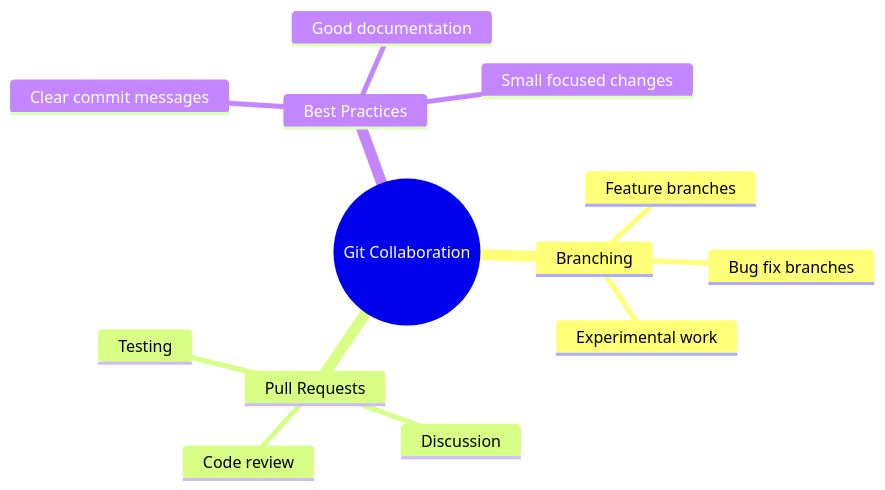
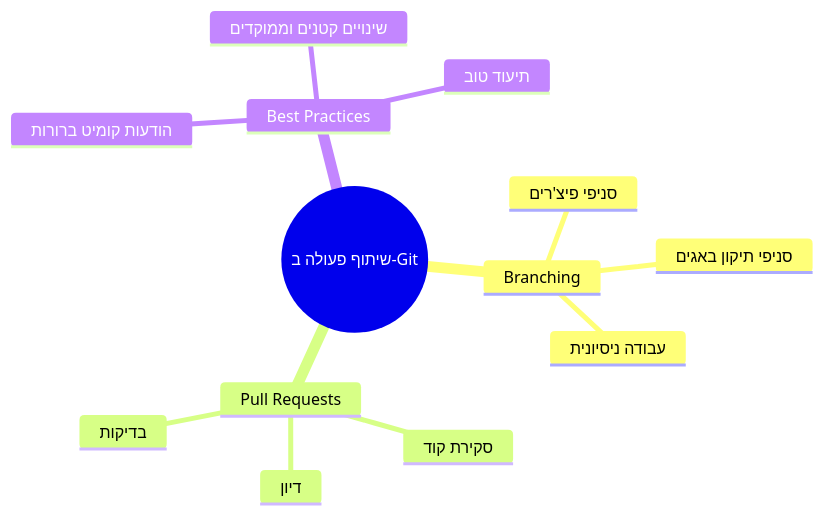
Before and after one commit to microsoft/Web-Dev-For-Beginners: the fifth of 7 diagrams in translations/he/1-getting-started-lessons/2-github-basics/README.md, drawn with Mermaid. The commit also changed other lines of this file and 17 other files, not shown here.

````diff
--- a/translations/he/1-getting-started-lessons/2-github-basics/README.md
+++ b/translations/he/1-getting-started-lessons/2-github-basics/README.md
@@ -526,16 +524,16 @@
 ```mermaid
 mindmap
-  root((Git Collaboration))
+  root((שיתוף פעולה ב-Git))
     Branching
-      Feature branches
-      Bug fix branches
-      Experimental work
+      סניפי פיצ'רים
+      סניפי תיקון באגים
+      עבודה ניסיונית
     Pull Requests
-      Code review
-      Discussion
-      Testing
+      סקירת קוד
+      דיון
+      בדיקות
     Best Practices
-      Clear commit messages
-      Small focused changes
-      Good documentation
-```
+      הודעות קומיט ברורות
+      שינויים קטנים וממוקדים
+      תיעוד טוב
+```  
````
